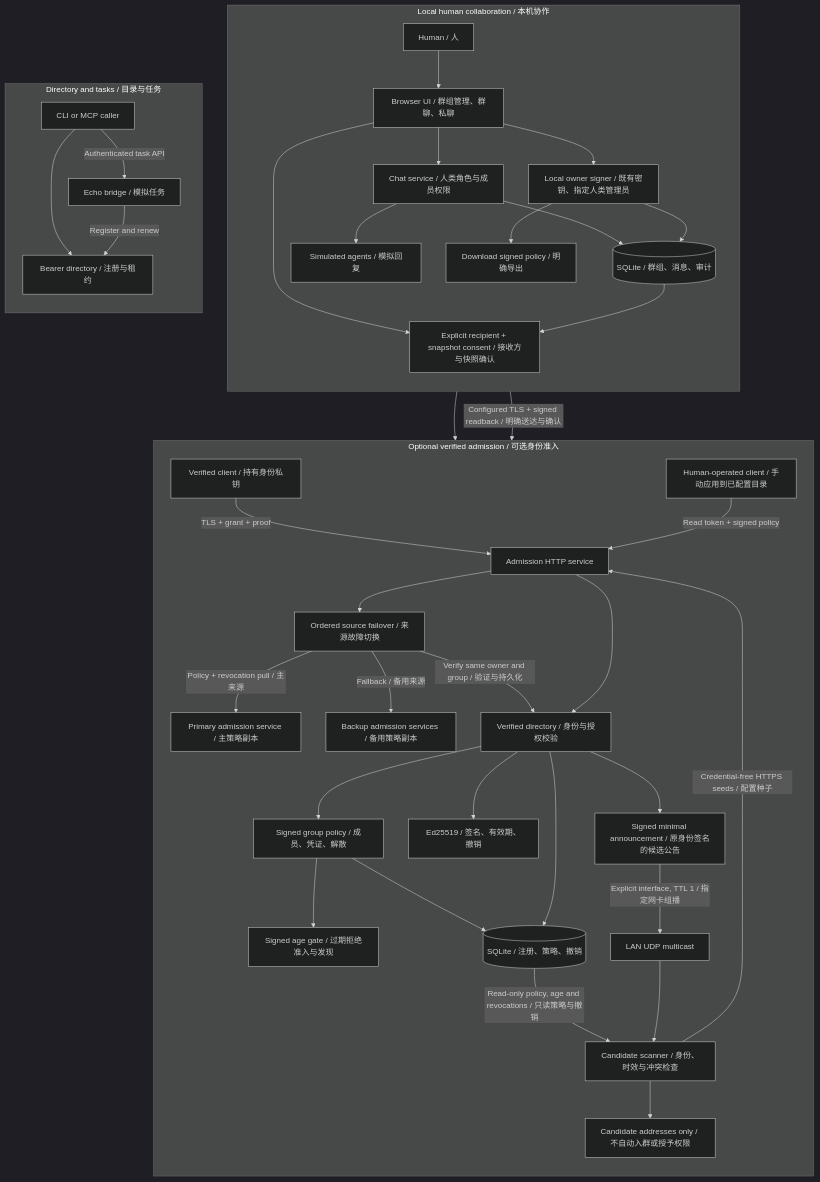
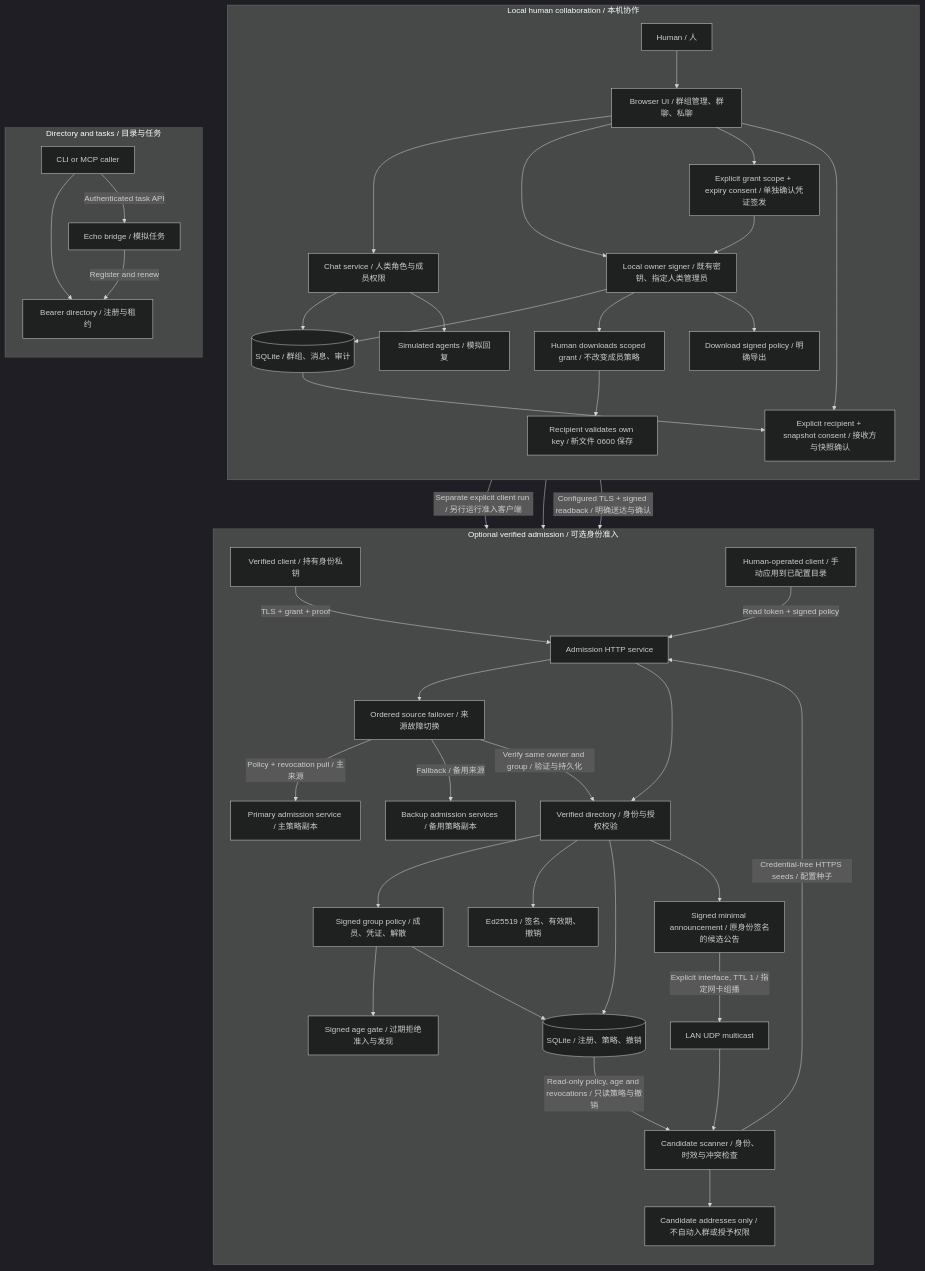
One commit to lgdu/tailnet-agents changed the first of 2 diagrams in README.md. Above: the diagram before and after it, drawn with Mermaid (dark theme). The commit also changed other lines of this file and 24 other files, not shown here.

Commit message:
feat: add human-confirmed credential issuance and private grant installation (#9)

````diff
--- a/README.md
+++ b/README.md
@@ -38,44 +38,49 @@
 ```mermaid
 flowchart TB
   subgraph CHAT["Local human collaboration / 本机协作"]
     direction TB
     H["Human / 人"] --> UI["Browser UI / 群组管理、群聊、私聊"]
     UI --> CS["Chat service / 人类角色与成员权限"]
     CS --> DB[("SQLite / 群组、消息、审计")]
     CS --> SIM["Simulated agents / 模拟回复"]
     UI --> SIGN["Local owner signer / 既有密钥、指定人类管理员"]
     SIGN --> DB
+    UI --> ISSUE["Explicit grant scope + expiry consent / 单独确认凭证签发"]
+    ISSUE --> SIGN
+    SIGN --> GRANT["Human downloads scoped grant / 不改变成员策略"]
+    GRANT --> INSTALL["Recipient validates own key / 新文件 0600 保存"]
     SIGN --> EXPORT["Download signed policy / 明确导出"]
     UI --> DELIVERY["Explicit recipient + snapshot consent / 接收方与快照确认"]
     DB --> DELIVERY
   end
   subgraph TASK["Directory and tasks / 目录与任务"]
     direction TB
     CALL["CLI or MCP caller"] --> REG["Bearer directory / 注册与租约"]
     CALL -->|"Authenticated task API"| ECHO["Echo bridge / 模拟任务"]
     ECHO -->|"Register and renew"| REG
   end
   subgraph VERIFY["Optional verified admission / 可选身份准入"]
     direction TB
+    INSTALL -->|"Separate explicit client run / 另行运行准入客户端"| VC
     VC["Verified client / 持有身份私钥"] -->|"TLS + grant + proof"| API["Admission HTTP service"]
     API --> SYNC["Ordered source failover / 来源故障切换"]
     SYNC -->|"Policy + revocation pull / 主来源"| PEER["Primary admission service / 主策略副本"]
     SYNC -->|"Fallback / 备用来源"| BACKUP["Backup admission services / 备用策略副本"]
     SYNC -->|"Verify same owner and group / 验证与持久化"| VD
     EXPORT --> APPLY["Human-operated client / 手动应用到已配置目录"]
     APPLY -->|"Read token + signed policy"| API
     DELIVERY -->|"Configured TLS + signed readback / 明确送达与确认"| API
     API --> VD["Verified directory / 身份与授权校验"]
     VD --> GP["Signed group policy / 成员、凭证、解散"]
     GP --> AGE["Signed age gate / 过期拒绝准入与发现"]
     VD --> ID["Ed25519 / 签名、有效期、撤销"]
     VD --> VDB[("SQLite / 注册、策略、撤销")]
     GP --> VDB
     VD --> ANN["Signed minimal announcement / 原身份签名的候选公告"]
     ANN -->|"Explicit interface, TTL 1 / 指定网卡组播"| LAN["LAN UDP multicast"]
     LAN --> FIND["Candidate scanner / 身份、时效与冲突检查"]
     VDB -->|"Read-only policy, age and revocations / 只读策略与撤销"| FIND
     FIND -->|"Credential-free HTTPS seeds / 配置种子"| API
     FIND --> CAND["Candidate addresses only / 不自动入群或授予权限"]
   end
 ```
````
